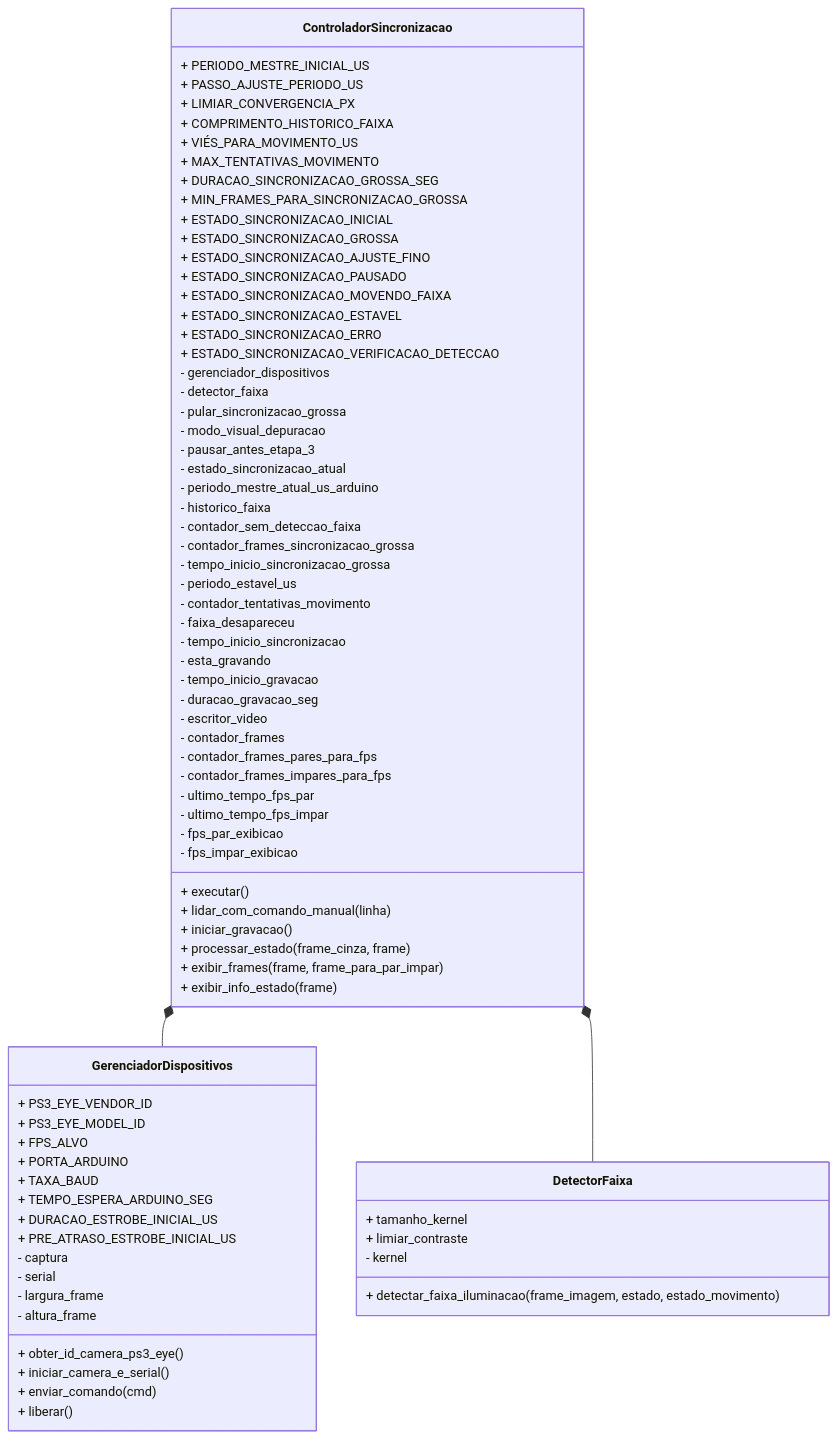
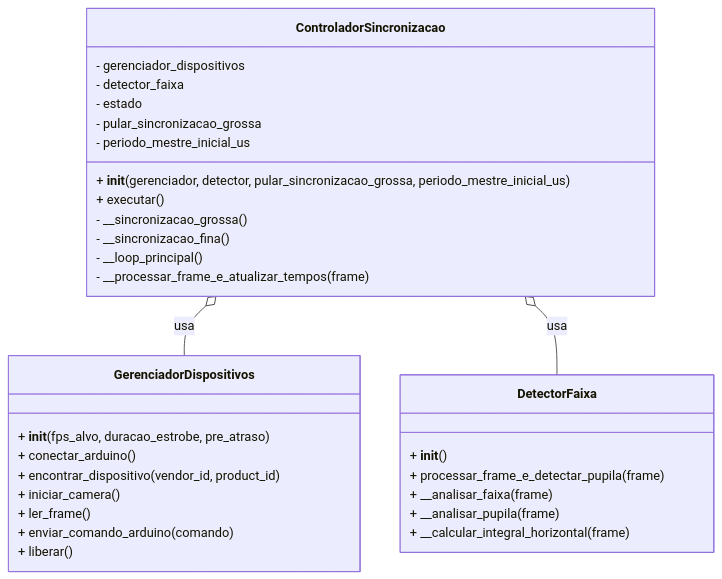
Before and after one commit to hard747/Segmentacao-da-Pupila: the diagram in diagrama_clases.mmd, drawn with Mermaid. The commit also changed 15 other files, not shown here.

Commit message:
codigo_gpu_diagramas

```diff
--- a/diagrama_clases.mmd
+++ b/diagrama_clases.mmd
@@ -1,80 +1,35 @@
 classDiagram
     class GerenciadorDispositivos {
-        + PS3_EYE_VENDOR_ID
-        + PS3_EYE_MODEL_ID
-        + FPS_ALVO
-        + PORTA_ARDUINO
-        + TAXA_BAUD
-        + TEMPO_ESPERA_ARDUINO_SEG
-        + DURACAO_ESTROBE_INICIAL_US
-        + PRE_ATRASO_ESTROBE_INICIAL_US
-        - captura
-        - serial
-        - largura_frame
-        - altura_frame
-        + obter_id_camera_ps3_eye()
-        + iniciar_camera_e_serial()
-        + enviar_comando(cmd)
+        + __init__(fps_alvo, duracao_estrobe, pre_atraso)
+        + conectar_arduino()
+        + encontrar_dispositivo(vendor_id, product_id)
+        + iniciar_camera()
+        + ler_frame()
+        + enviar_comando_arduino(comando)
         + liberar()
     }
 
     class DetectorFaixa {
-        + tamanho_kernel
-        + limiar_contraste
-        - kernel
-        + detectar_faixa_iluminacao(frame_imagem, estado, estado_movimento)
+        + __init__()
+        + processar_frame_e_detectar_pupila(frame)
+        + __analisar_faixa(frame)
+        + __analisar_pupila(frame)
+        + __calcular_integral_horizontal(frame)
     }
 
     class ControladorSincronizacao {
-        + PERIODO_MESTRE_INICIAL_US
-        + PASSO_AJUSTE_PERIODO_US
-        + LIMIAR_CONVERGENCIA_PX
-        + COMPRIMENTO_HISTORICO_FAIXA
-        + VIÉS_PARA_MOVIMENTO_US
-        + MAX_TENTATIVAS_MOVIMENTO
-        + DURACAO_SINCRONIZACAO_GROSSA_SEG
-        + MIN_FRAMES_PARA_SINCRONIZACAO_GROSSA
-        + ESTADO_SINCRONIZACAO_INICIAL
-        + ESTADO_SINCRONIZACAO_GROSSA
-        + ESTADO_SINCRONIZACAO_AJUSTE_FINO
-        + ESTADO_SINCRONIZACAO_PAUSADO
-        + ESTADO_SINCRONIZACAO_MOVENDO_FAIXA
-        + ESTADO_SINCRONIZACAO_ESTAVEL
-        + ESTADO_SINCRONIZACAO_ERRO
-        + ESTADO_SINCRONIZACAO_VERIFICACAO_DETECCAO
         - gerenciador_dispositivos
         - detector_faixa
+        - estado
         - pular_sincronizacao_grossa
-        - modo_visual_depuracao
-        - pausar_antes_etapa_3
-        - estado_sincronizacao_atual
-        - periodo_mestre_atual_us_arduino
-        - historico_faixa
-        - contador_sem_deteccao_faixa
-        - contador_frames_sincronizacao_grossa
-        - tempo_inicio_sincronizacao_grossa
-        - periodo_estavel_us
-        - contador_tentativas_movimento
-        - faixa_desapareceu
-        - tempo_inicio_sincronizacao
-        - esta_gravando
-        - tempo_inicio_gravacao
-        - duracao_gravacao_seg
-        - escritor_video
-        - contador_frames
-        - contador_frames_pares_para_fps
-        - contador_frames_impares_para_fps
-        - ultimo_tempo_fps_par
-        - ultimo_tempo_fps_impar
-        - fps_par_exibicao
-        - fps_impar_exibicao
+        - periodo_mestre_inicial_us
+        + __init__(gerenciador, detector, pular_sincronizacao_grossa, periodo_mestre_inicial_us)
         + executar()
-        + lidar_com_comando_manual(linha)
-        + iniciar_gravacao()
-        + processar_estado(frame_cinza, frame)
-        + exibir_frames(frame, frame_para_par_impar)
-        + exibir_info_estado(frame)
+        - __sincronizacao_grossa()
+        - __sincronizacao_fina()
+        - __loop_principal()
+        - __processar_frame_e_atualizar_tempos(frame)
     }
 
-    ControladorSincronizacao *-- GerenciadorDispositivos
-    ControladorSincronizacao *-- DetectorFaixa
+    ControladorSincronizacao o-- GerenciadorDispositivos : usa
+    ControladorSincronizacao o-- DetectorFaixa : usa
```
